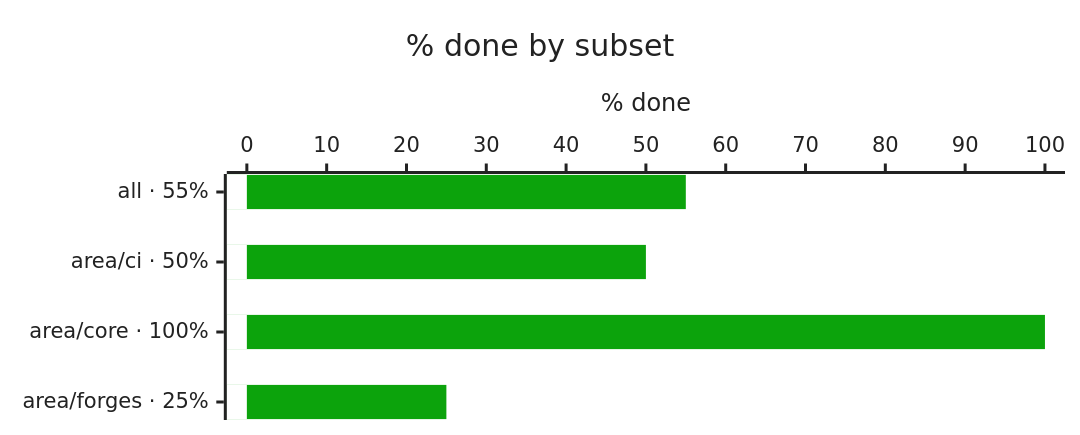
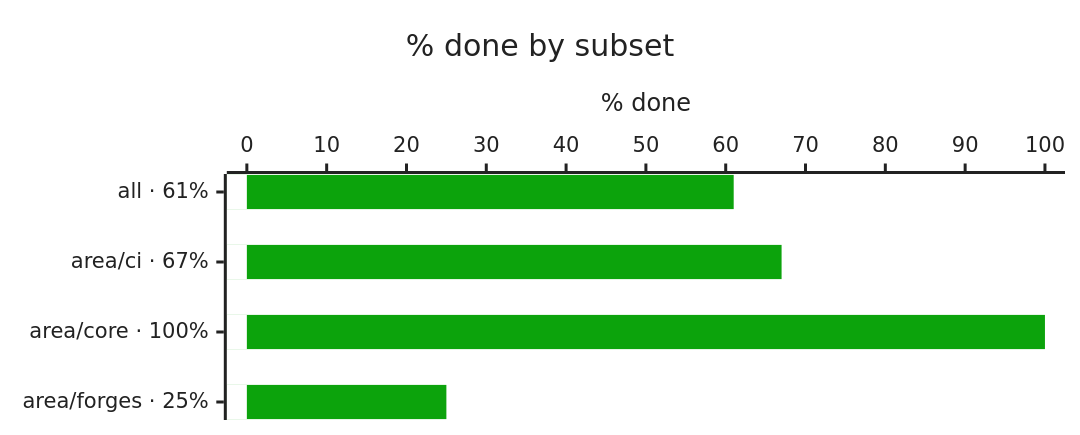
The first of 4 diagrams in README.md (bvraghav/pmtrack), drawn with Mermaid before and after one commit. The commit also changed other lines of this file and 4 other files, not shown here.

````diff
--- a/README.md
+++ b/README.md
@@ -5,9 +5,9 @@
 ```mermaid
 %%{init: {"themeVariables": {"xyChart": {"backgroundColor": "#ffffff", "titleColor": "#222222", "plotColorPalette": "#0ca30c,#ffffff", "xAxisLabelColor": "#222222", "xAxisTitleColor": "#222222", "xAxisTickColor": "#222222", "xAxisLineColor": "#222222", "yAxisLabelColor": "#222222", "yAxisTitleColor": "#222222", "yAxisTickColor": "#222222", "yAxisLineColor": "#222222"}}, "xyChart": {"height": 270}}}%%
 xychart-beta horizontal
   title "% done by subset"
-  x-axis ["all · 55%", "area/ci · 50%", "area/core · 100%", "area/forges · 25%"]
+  x-axis ["all · 61%", "area/ci · 67%", "area/core · 100%", "area/forges · 25%"]
   y-axis "% done" 0 --> 100
-  bar [55, 50, 100, 25]
+  bar [61, 67, 100, 25]
   bar [0, 0, 0, 0]
 ```
````
